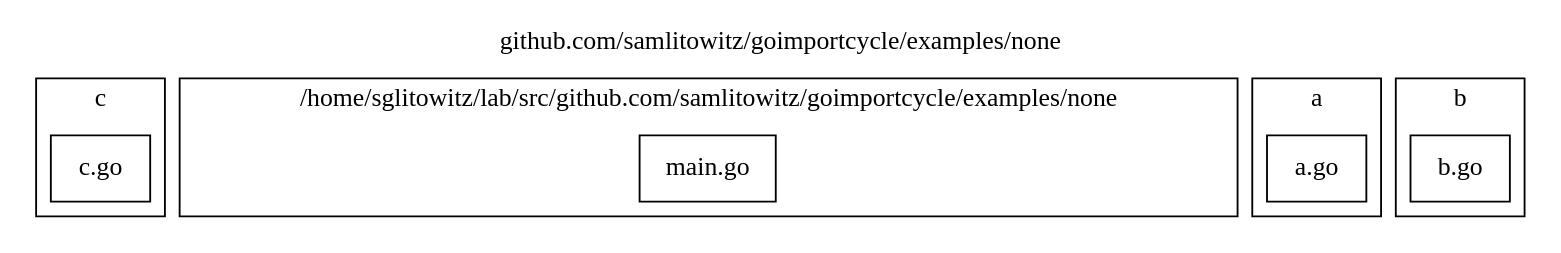
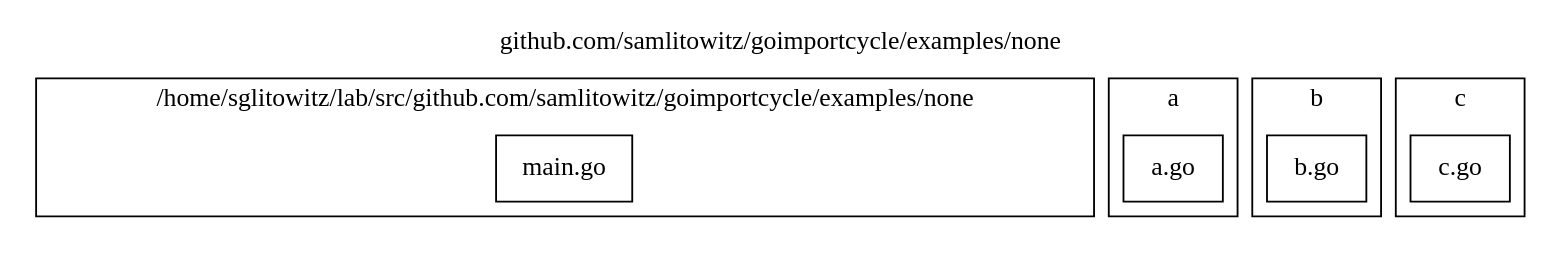
One commit to samlitowitz/goimportcycle changed the diagram in assets/examples/none/file.dot. Above: the diagram before and after it, drawn with Graphviz. The commit also changed other lines of this file and 42 other files, not shown here.

```diff
--- a/assets/examples/none/file.dot
+++ b/assets/examples/none/file.dot
@@ -1,44 +1,44 @@
 
 digraph {
 	labelloc="t";
 	label="github.com/samlitowitz/goimportcycle/examples/none";
 	rankdir="TB";
 	node [shape="rect"];
-
-	subgraph cluster_pkg_c {
-		label="c";
-		style="filled";
-		fontcolor="#000000";
-		fillcolor="#ffffff";
-
-		pkg_c_file_c [label="c.go", style="filled", fontcolor="#000000", fillcolor="#ffffff"];
-	};
 
 	subgraph cluster_pkg_main {
 		label="/home/sglitowitz/lab/src/github.com/samlitowitz/goimportcycle/examples/none";
 		style="filled";
 		fontcolor="#000000";
 		fillcolor="#ffffff";
 
 		pkg_main_file_main [label="main.go", style="filled", fontcolor="#000000", fillcolor="#ffffff"];
 	};
 
 	subgraph cluster_pkg_a {
 		label="a";
 		style="filled";
 		fontcolor="#000000";
 		fillcolor="#ffffff";
 
 		pkg_a_file_a [label="a.go", style="filled", fontcolor="#000000", fillcolor="#ffffff"];
 	};
 
 	subgraph cluster_pkg_b {
 		label="b";
 		style="filled";
 		fontcolor="#000000";
 		fillcolor="#ffffff";
 
 		pkg_b_file_b [label="b.go", style="filled", fontcolor="#000000", fillcolor="#ffffff"];
 	};
 
+	subgraph cluster_pkg_c {
+		label="c";
+		style="filled";
+		fontcolor="#000000";
+		fillcolor="#ffffff";
+
+		pkg_c_file_c [label="c.go", style="filled", fontcolor="#000000", fillcolor="#ffffff"];
+	};
+
 }
```
